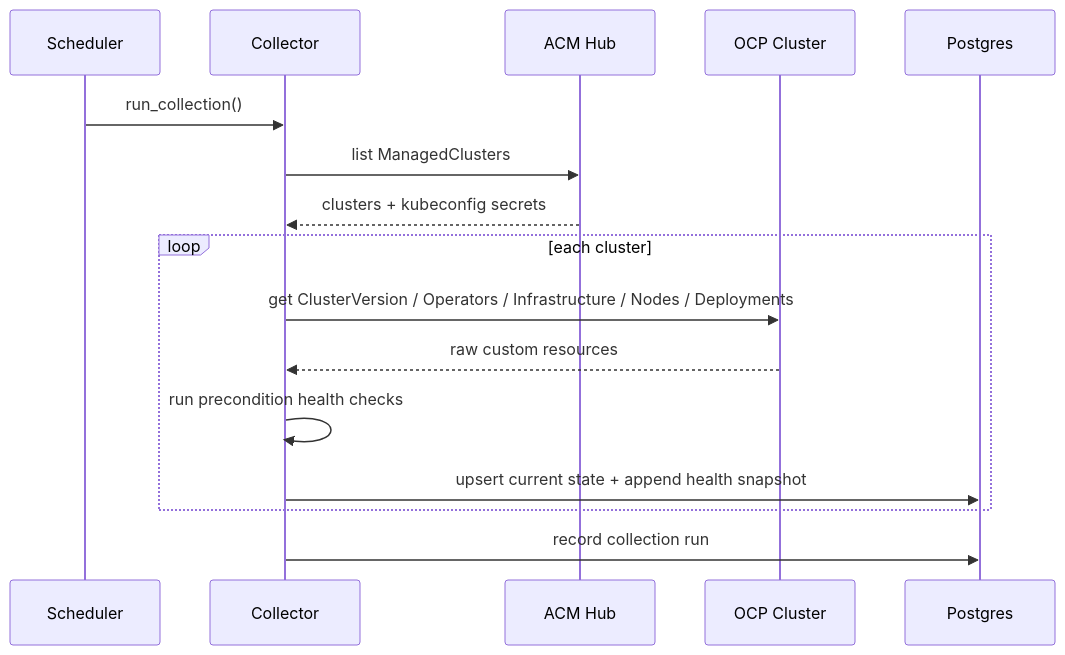
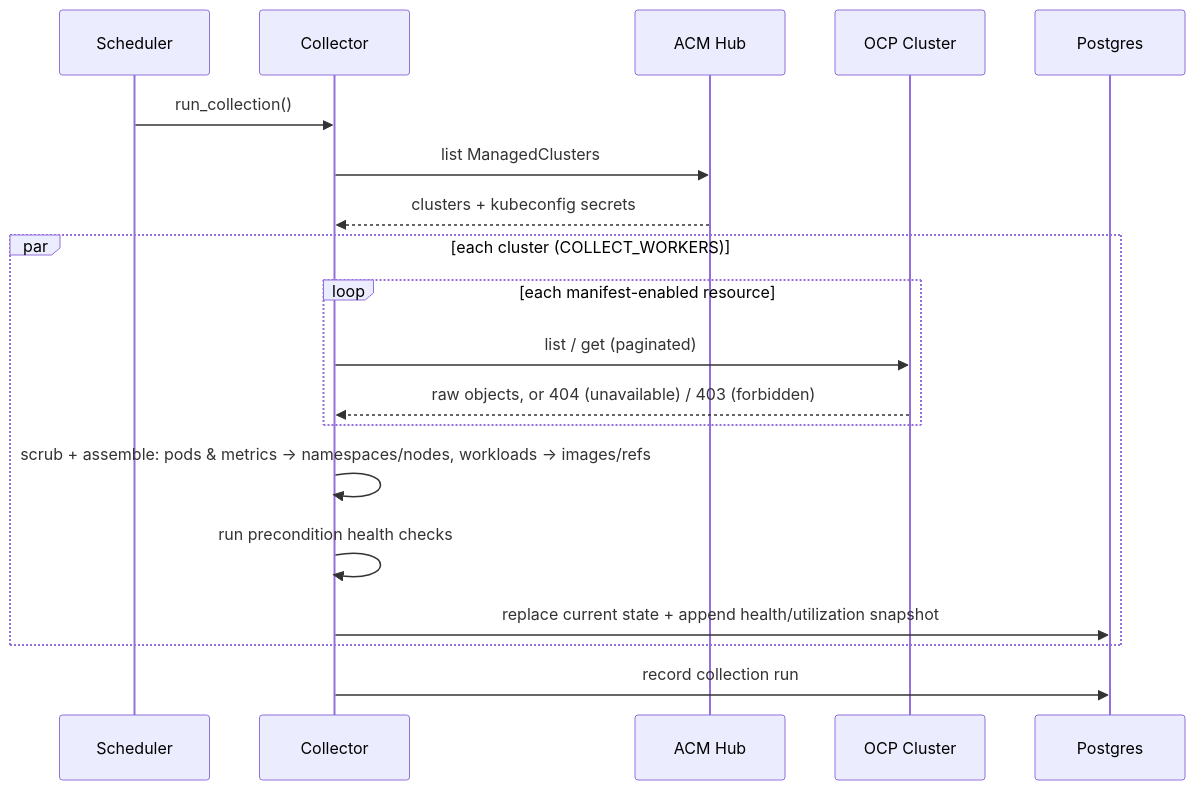
One commit to aasthapit/Operations-Data-Layer changed the second of 6 diagrams in docs/architecture.md. Above: the diagram before and after it, drawn with Mermaid. The commit also changed other lines of this file and 70 other files, not shown here.

First line of the commit message:
Add OCP API manifest, scrubbed inventory insights, and metrics from the OCP API

````diff
--- a/docs/architecture.md
+++ b/docs/architecture.md
@@ -57,18 +60,21 @@
 ```mermaid
 sequenceDiagram
   participant S as Scheduler
   participant C as Collector
   participant H as ACM Hub
   participant K as OCP Cluster
   participant DB as Postgres
   S->>C: run_collection()
   C->>H: list ManagedClusters
   H-->>C: clusters + kubeconfig secrets
-  loop each cluster
-    C->>K: get ClusterVersion / Operators / Infrastructure / Nodes / Deployments
-    K-->>C: raw custom resources
+  par each cluster (COLLECT_WORKERS)
+    loop each manifest-enabled resource
+      C->>K: list / get (paginated)
+      K-->>C: raw objects, or 404 (unavailable) / 403 (forbidden)
+    end
+    C->>C: scrub + assemble: pods & metrics → namespaces/nodes, workloads → images/refs
     C->>C: run precondition health checks
-    C->>DB: upsert current state + append health snapshot
+    C->>DB: replace current state + append health/utilization snapshot
   end
   C->>DB: record collection run
 ```
````
